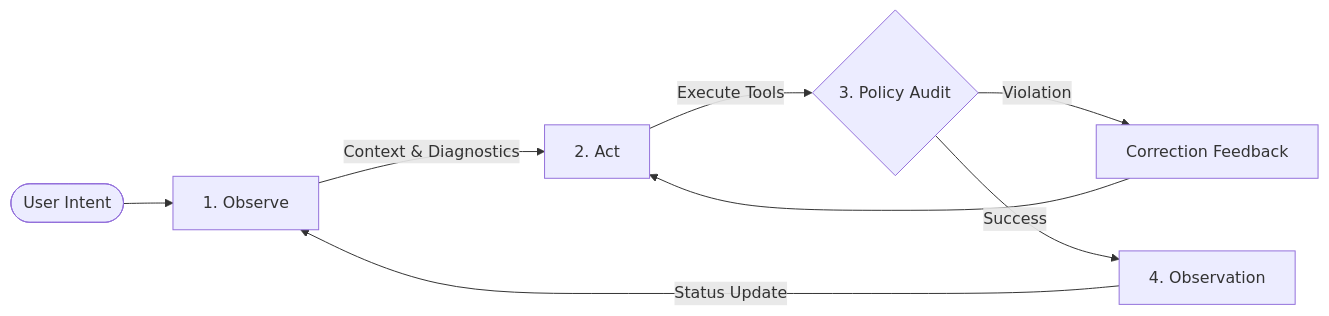
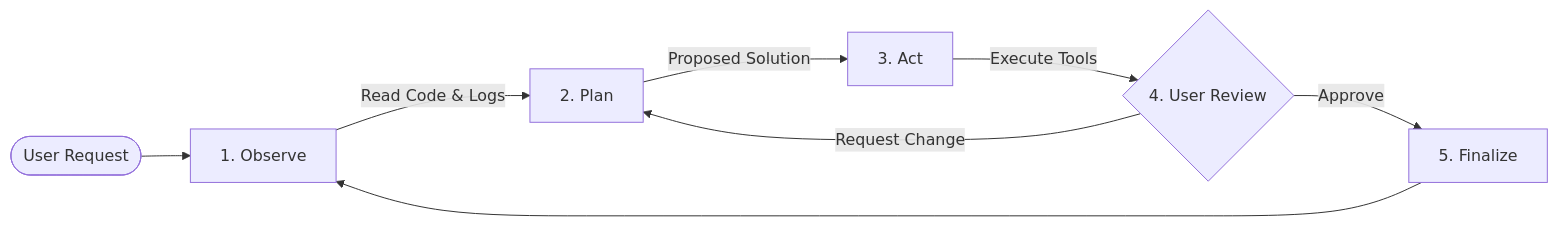
One commit to CardSorting/LUMI changed the diagram in README.md. Above: the diagram before and after it, drawn with Mermaid. The commit also changed other lines of this file and 28 other files, not shown here.

````diff
--- a/README.md
+++ b/README.md
@@ -78,10 +50,10 @@
 ```mermaid
 graph LR
-    Start([User Intent]) --> Observe[1. Observe]
-    Observe -- "Context & Diagnostics" --> Act[2. Act]
-    Act -- "Execute Tools" --> Audit{3. Policy Audit}
-    Audit -- "Violation" --> Feedback[Correction Feedback]
-    Feedback --> Act
-    Audit -- "Success" --> Result[4. Observation]
-    Result -- "Status Update" --> Observe
+    Start([User Request]) --> Observe[1. Observe]
+    Observe -- "Read Code & Logs" --> Plan[2. Plan]
+    Plan -- "Proposed Solution" --> Act[3. Act]
+    Act -- "Execute Tools" --> Audit{4. User Review}
+    Audit -- "Request Change" --> Plan
+    Audit -- "Approve" --> Result[5. Finalize]
+    Result --> Observe
 ```
````
